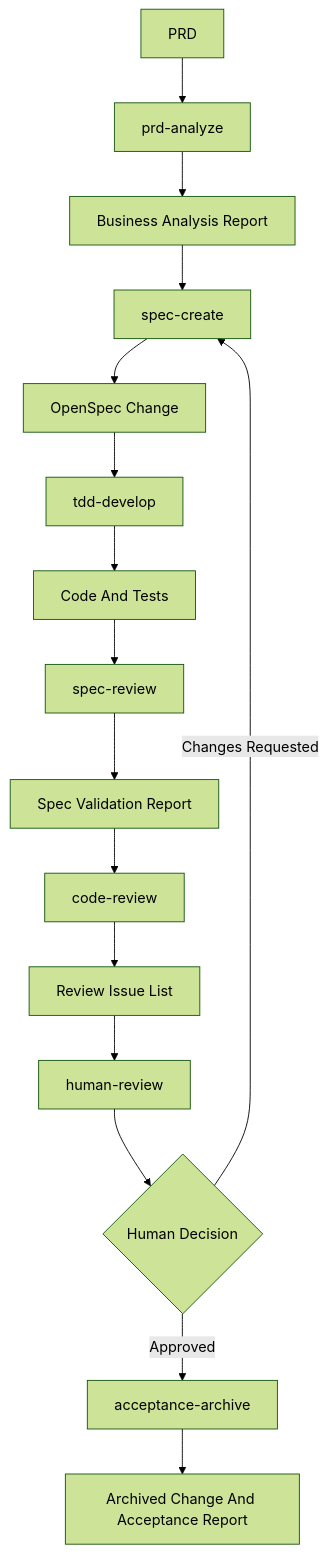
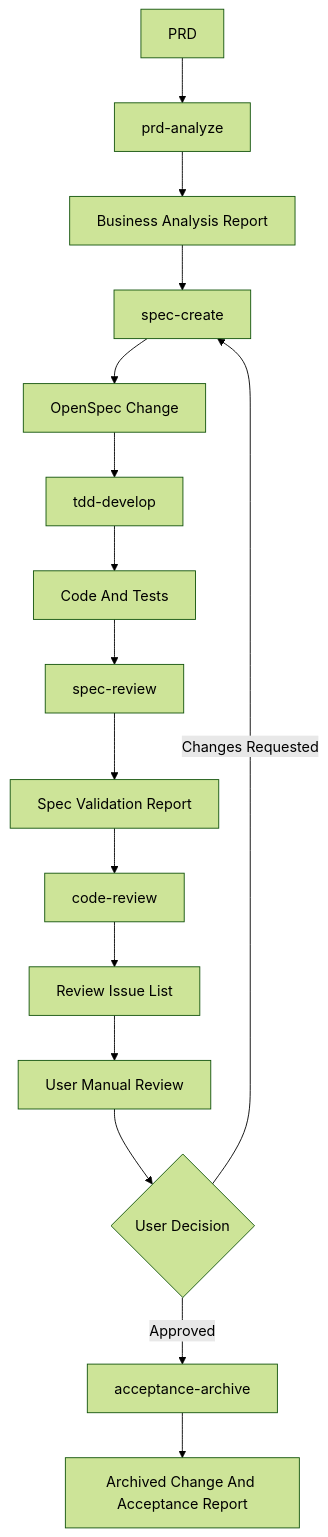
One commit to xicode-ai/harness-engineer-template changed the diagram in .workflows/universal-development-flow.md. Above: the diagram before and after it, drawn with Mermaid (forest theme). The commit also changed other lines of this file and 20 other files, not shown here.

Commit message:
docs: make manual review a user checkpoint

````diff
--- a/.workflows/universal-development-flow.md
+++ b/.workflows/universal-development-flow.md
@@ -25,18 +25,18 @@
 ```mermaid
 flowchart TD
     PRD[PRD] --> A[prd-analyze]
     A --> B[Business Analysis Report]
     B --> C[spec-create]
     C --> D[OpenSpec Change]
     D --> E[tdd-develop]
     E --> F[Code And Tests]
     F --> G[spec-review]
     G --> H[Spec Validation Report]
     H --> I[code-review]
     I --> J[Review Issue List]
-    J --> K[human-review]
-    K --> L{Human Decision}
+    J --> K[User Manual Review]
+    K --> L{User Decision}
     L -->|Approved| M[acceptance-archive]
     L -->|Changes Requested| C
     M --> N[Archived Change And Acceptance Report]
 ```
````
